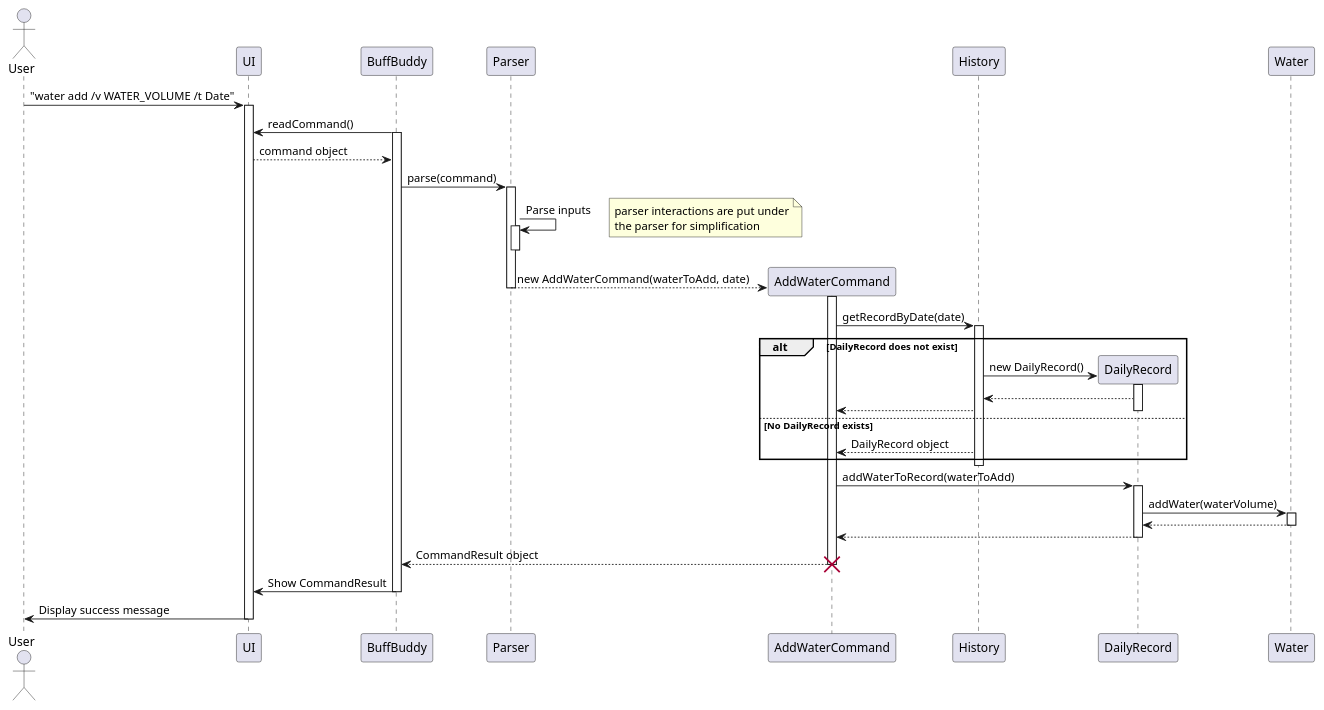
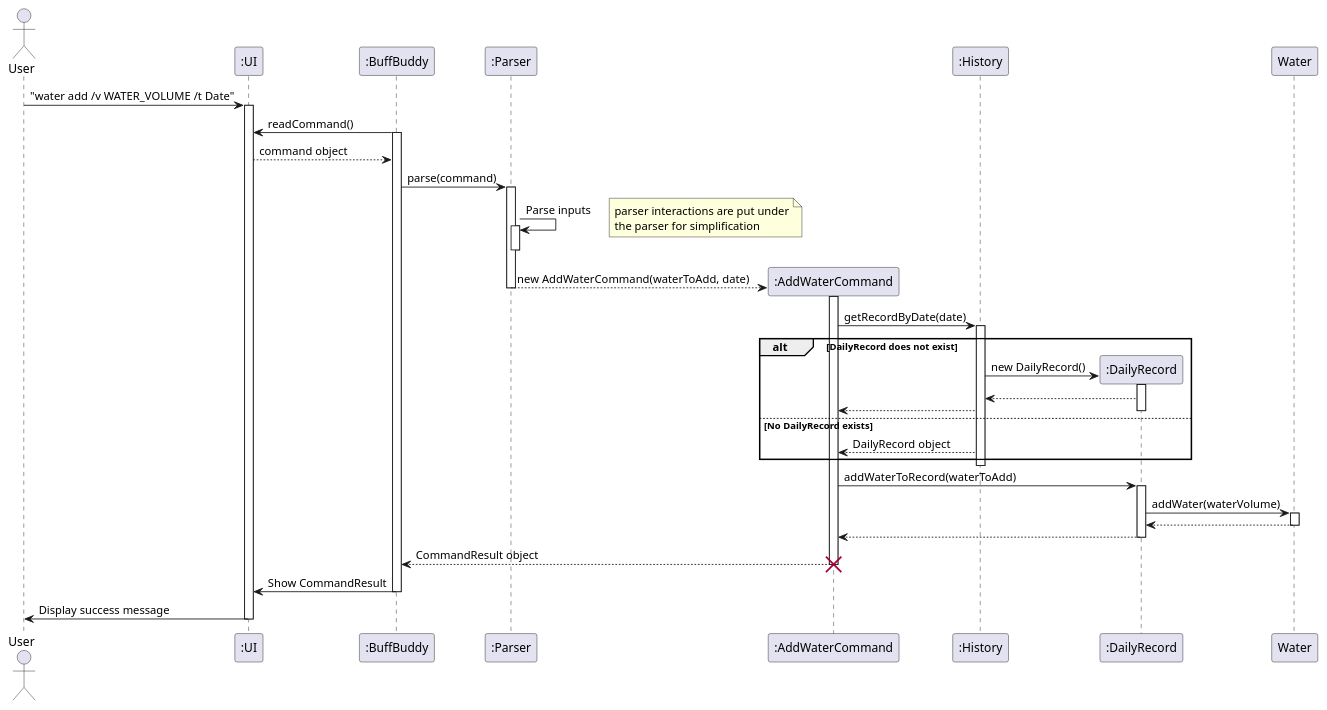
Before and after one commit to nus-cs2113-AY2425S1/tp: the diagram in docs/diagrams/addWaterSequenceDiagram.puml, drawn with PlantUML. The commit also changed 8 other files, not shown here.

```diff
--- a/docs/diagrams/addWaterSequenceDiagram.puml
+++ b/docs/diagrams/addWaterSequenceDiagram.puml
@@ -1,67 +1,67 @@
 @startuml
 actor User
-participant "UI" as UI
-participant "BuffBuddy" as BB
-participant "Parser" as Parser
-participant "AddWaterCommand" as AddCmd
-participant "History" as History
-participant "DailyRecord" as DailyRec
+participant ":UI" as UI
+participant ":BuffBuddy" as BB
+participant ":Parser" as Parser
+participant ":AddWaterCommand" as AddCmd
+participant ":History" as History
+participant ":DailyRecord" as DailyRec
 
 User -> UI: "water add /v WATER_VOLUME /t Date"
 activate UI
 BB -> UI: readCommand()
 activate BB
 UI --> BB: command object
 BB -> Parser: parse(command)
 activate Parser
 Parser -> Parser : Parse inputs
 note right
 parser interactions are put under
 the parser for simplification
 end note
 activate Parser
 deactivate Parser
 create AddCmd
 Parser --> AddCmd: new AddWaterCommand(waterToAdd, date)
 deactivate Parser
 
 activate AddCmd
 
 AddCmd -> History: getRecordByDate(date)
 activate History
 
 alt DailyRecord does not exist
   create DailyRec
   History -> DailyRec: new DailyRecord()
   activate DailyRec
   DailyRec --> History
   History --> AddCmd
   deactivate DailyRec
 else No DailyRecord exists
   History --> AddCmd: DailyRecord object
 end
 deactivate History
 
 AddCmd -> DailyRec: addWaterToRecord(waterToAdd)
 activate DailyRec
 
 DailyRec -> Water : addWater(waterVolume)
 activate Water
 
 Water --> DailyRec
 deactivate Water
 
 
 DailyRec --> AddCmd
 deactivate DailyRec
 
 AddCmd --> BB: CommandResult object
 deactivate AddCmd
 destroy AddCmd
 
 BB -> UI: Show CommandResult
 deactivate BB
 
 UI -> User: Display success message
 deactivate UI
 @enduml
```
